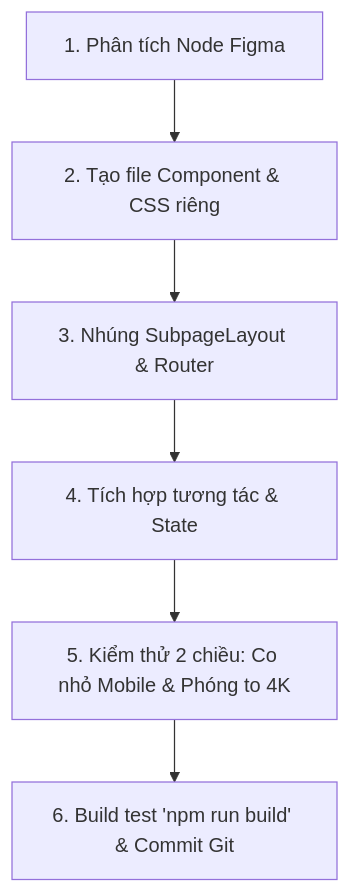
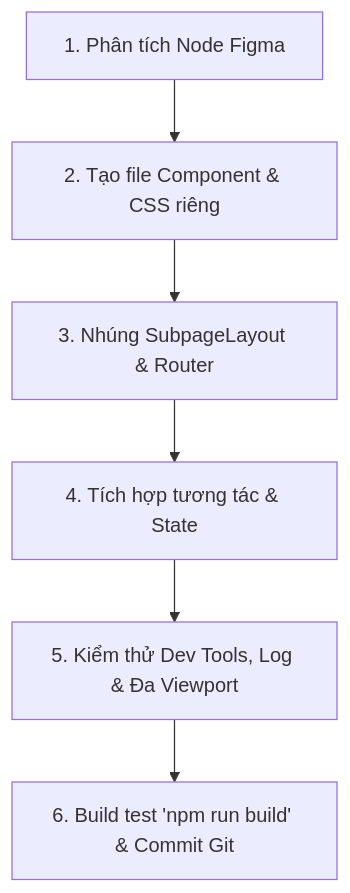
One commit to dangSonw/web-nguyen-chi-lan changed the first of 2 diagrams in AGENTS.md. Above: the diagram before and after it, drawn with Mermaid. The commit also changed other lines of this file, not shown here.

Commit message:
docs: add mandatory MCP dev tools, log observation, and multi-viewport testing protocol

````diff
--- a/AGENTS.md
+++ b/AGENTS.md
@@ -97,8 +100,8 @@
 ```mermaid
 flowchart TD
     A["1. Phân tích Node Figma"] --> B["2. Tạo file Component & CSS riêng"]
     B --> C["3. Nhúng SubpageLayout & Router"]
     C --> D["4. Tích hợp tương tác & State"]
-    D --> E["5. Kiểm thử 2 chiều: Co nhỏ Mobile & Phóng to 4K"]
+    D --> E["5. Kiểm thử Dev Tools, Log & Đa Viewport"]
     E --> F["6. Build test 'npm run build' & Commit Git"]
 ```
````
